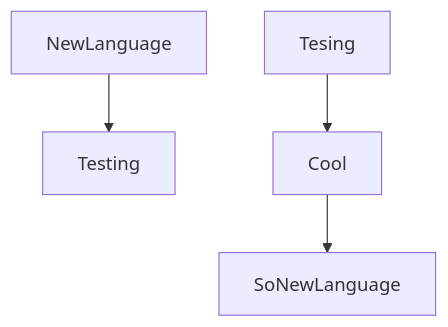
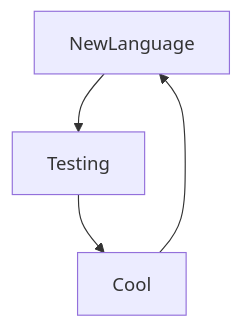
Before and after one commit to Badara-Seydi/Badara-Seydi: the diagram in README.md, drawn with Mermaid.

````diff
--- a/README.md
+++ b/README.md
@@ -27,6 +27,6 @@
 ```mermaid
   graph TD;
       NewLanguage-->Testing;
-      Tesing-->Cool;
-      Cool-->SoNewLanguage;
+      Testing-->Cool;
+      Cool-->NewLanguage;
 ```
````
